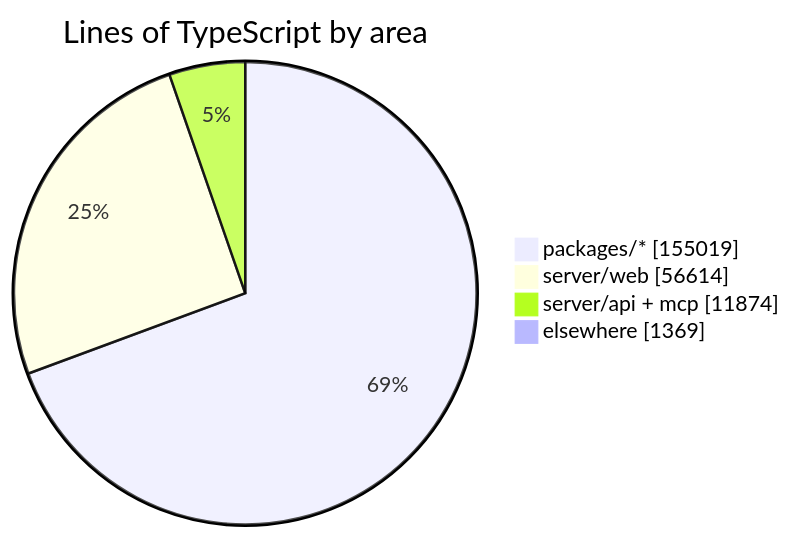
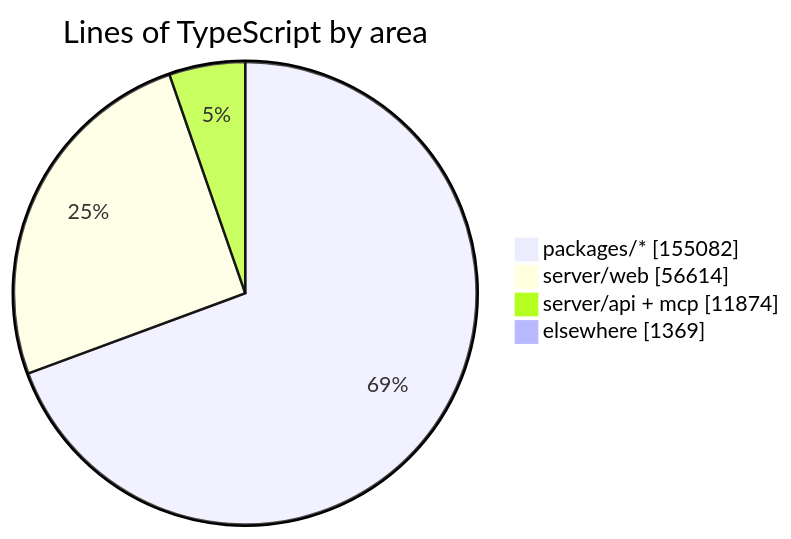
Before and after one commit to crossworks-engineering/mantle: the diagram in README.md, drawn with Mermaid. The commit also changed other lines of this file and 2 other files, not shown here.

````diff
--- a/README.md
+++ b/README.md
@@ -279,7 +279,7 @@
 ```mermaid
 pie showData title Lines of TypeScript by area
-    "packages/*" : 155019
+    "packages/*" : 155082
     "server/web" : 56614
     "server/api + mcp" : 11874
     "elsewhere" : 1369
 ```
````
